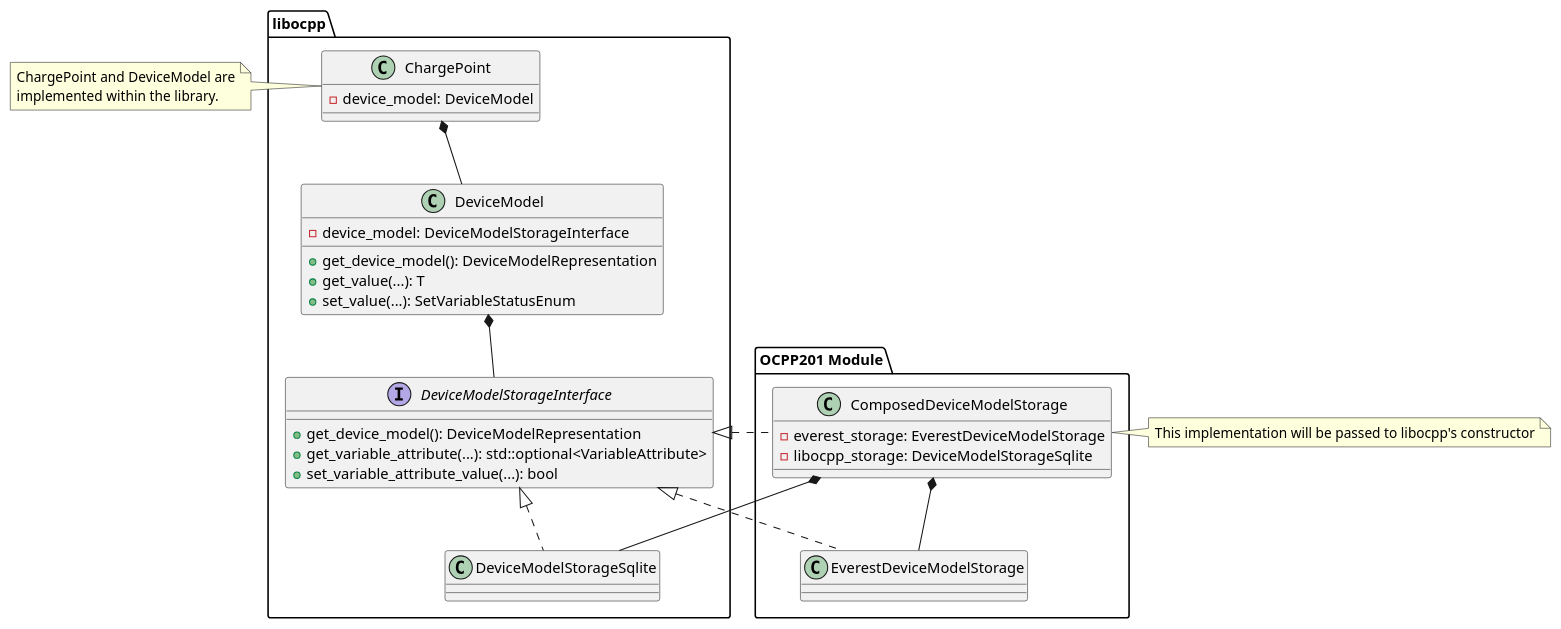
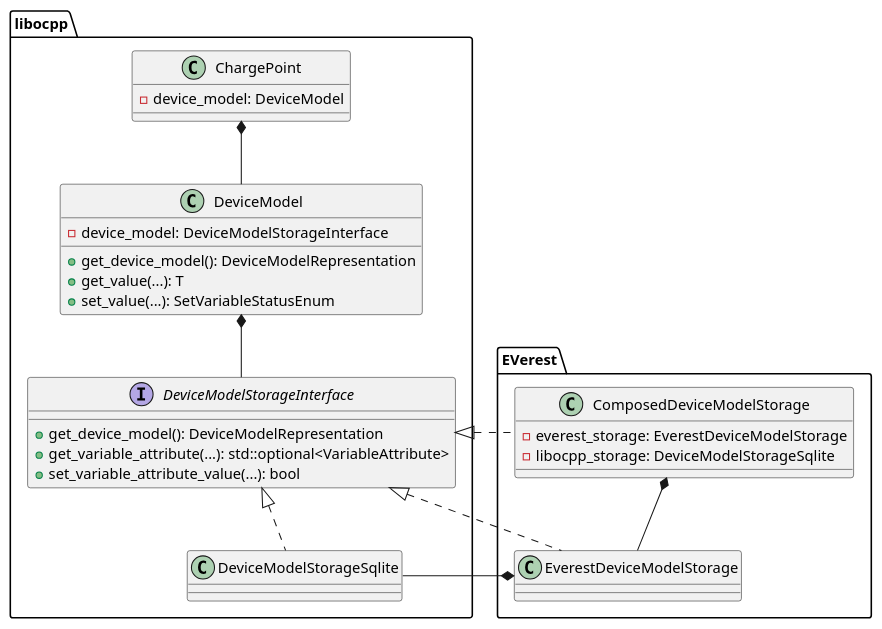
Before and after one commit to EVerest/EVerest: the diagram in modules/EVSE/OCPP201/docs/images/device_model_class_diagram.puml, drawn with PlantUML. The commit also changed 15 other files, not shown here.

```diff
--- a/modules/EVSE/OCPP201/docs/images/device_model_class_diagram.puml
+++ b/modules/EVSE/OCPP201/docs/images/device_model_class_diagram.puml
@@ -1,49 +1,37 @@
 @startuml
 
 package libocpp {
+  class ChargePoint {
+    - device_model: DeviceModel
+  }
 
-class ChargePoint {
-  - device_model: DeviceModel
+  class DeviceModel {
+    - device_model: DeviceModelStorageInterface
+    + get_device_model(): DeviceModelRepresentation
+    + get_value(...): T
+    + set_value(...): SetVariableStatusEnum
+  }
+
+  interface DeviceModelStorageInterface {
+    + get_device_model(): DeviceModelRepresentation
+    + get_variable_attribute(...): std::optional<VariableAttribute>
+    + set_variable_attribute_value(...): bool
+  }
+
+  class DeviceModelStorageSqlite implements DeviceModelStorageInterface
 }
 
-class DeviceModel {
-  - device_model: DeviceModelStorageInterface
-  + get_device_model(): DeviceModelRepresentation
-  + get_value(...): T
-  + set_value(...): SetVariableStatusEnum
+package EVerest {
+  class EverestDeviceModelStorage implements libocpp.DeviceModelStorageInterface
+  class ComposedDeviceModelStorage implements libocpp.DeviceModelStorageInterface {
+      - everest_storage: EverestDeviceModelStorage
+      - libocpp_storage: DeviceModelStorageSqlite
+  }
 }
-
-interface DeviceModelStorageInterface {
-  + get_device_model(): DeviceModelRepresentation
-  + get_variable_attribute(...): std::optional<VariableAttribute>
-  + set_variable_attribute_value(...): bool
-}
-
-class DeviceModelStorageSqlite implements DeviceModelStorageInterface
-
-}
-
-package "OCPP201 Module" {
-
-class EverestDeviceModelStorage implements libocpp.DeviceModelStorageInterface
-class ComposedDeviceModelStorage implements libocpp.DeviceModelStorageInterface {
-    - everest_storage: EverestDeviceModelStorage
-    - libocpp_storage: DeviceModelStorageSqlite
-}
-}
-
-note left of ChargePoint
-  ChargePoint and DeviceModel are
-  implemented within the library.
-end note
-
-note right of ComposedDeviceModelStorage
-    This implementation will be passed to libocpp's constructor
-end note
 
 ChargePoint *-- DeviceModel
 DeviceModel *-- DeviceModelStorageInterface
 ComposedDeviceModelStorage *-- EverestDeviceModelStorage
-ComposedDeviceModelStorage *-- DeviceModelStorageSqlite
+EverestDeviceModelStorage *-- DeviceModelStorageSqlite
 
 @enduml
```
